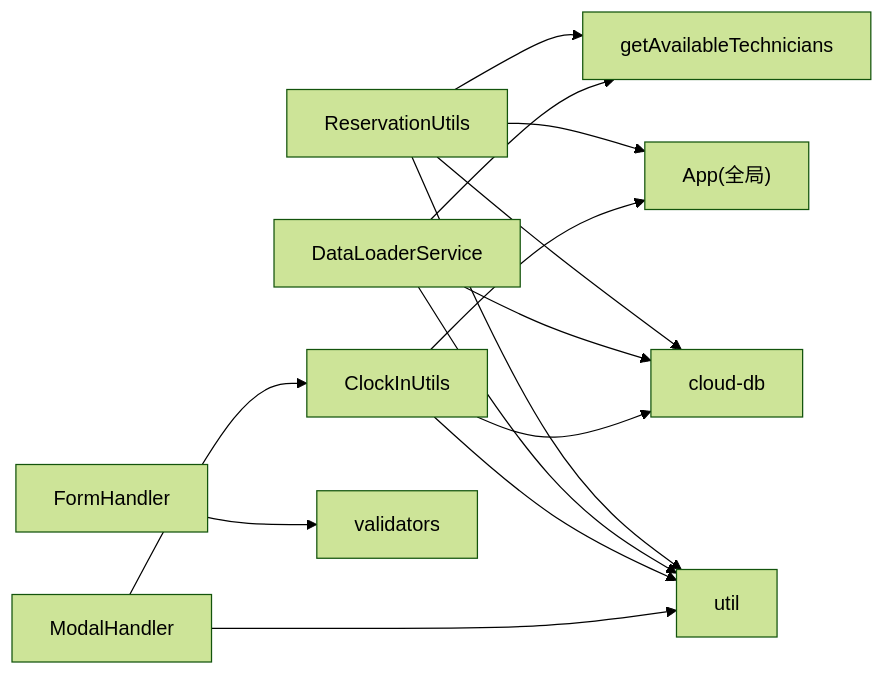
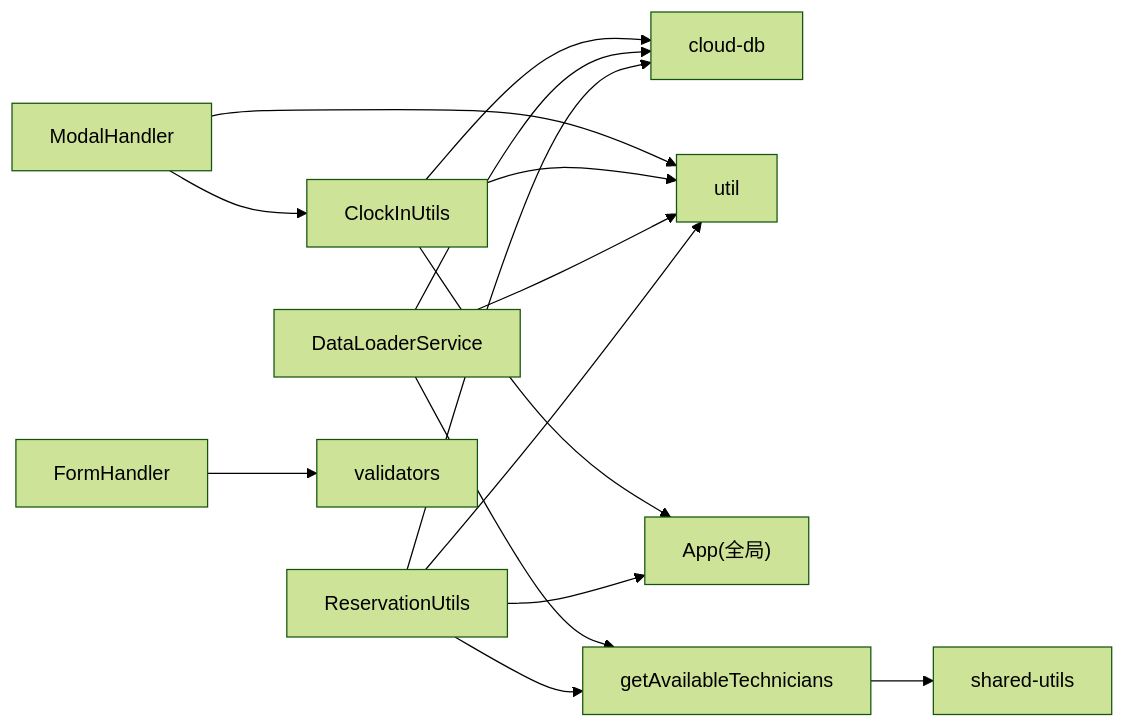
Before and after one commit to xwHoward/padoo-consulation-printer: the ninth of 9 diagrams in .qoder/repowiki/zh/content/预约管理系统/预约创建与管理.md, drawn with Mermaid (forest theme). The commit also changed other lines of this file and 21 other files, not shown here.

````diff
--- a/.qoder/repowiki/zh/content/预约管理系统/预约创建与管理.md
+++ b/.qoder/repowiki/zh/content/预约管理系统/预约创建与管理.md
@@ -316,16 +357,17 @@
 ```mermaid
 graph LR
 RU["ReservationUtils"] --> CDB["cloud-db"]
 RU --> U["util"]
 RU --> APP["App(全局)"]
-RU --> CF["getAvailableTechnicians"]
-DL["DataLoaderService"] --> CF
+RU --> GAT["getAvailableTechnicians"]
+DL["DataLoaderService"] --> GAT
 DL --> U
 DL --> CDB
 CIU["ClockInUtils"] --> U
 CIU --> CDB
 CIU --> APP
+GAT --> SHU["shared-utils"]
 FH["FormHandler"] --> V["validators"]
 MH["ModalHandler"] --> CIU
 MH --> U
 ```
````
